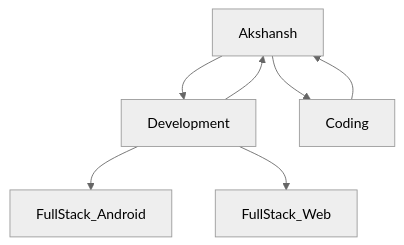
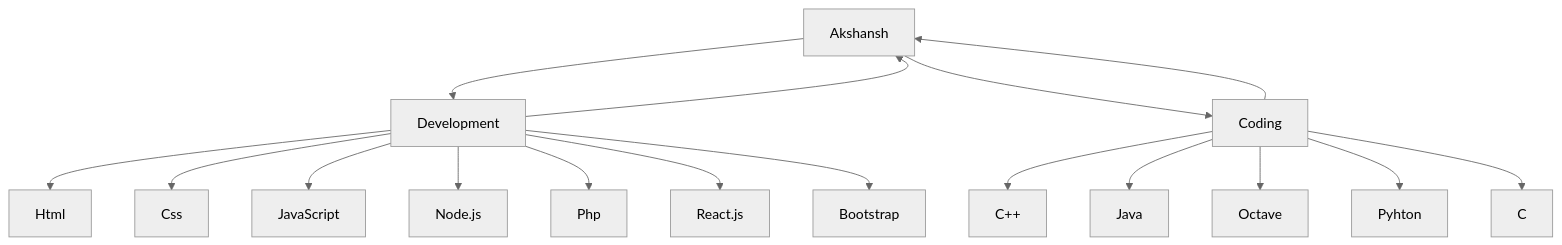
Before and after one commit to AkshanshChauhan/deployReactJsApplication: the diagram in README.md, drawn with Mermaid (neutral theme).

````diff
--- a/README.md
+++ b/README.md
@@ -15,9 +15,19 @@
 ```mermaid
 graph TD;
     Akshansh-->Development;
     Akshansh-->Coding;
     Development-->Akshansh;
     Coding-->Akshansh;
-    Development-->FullStack_Android
-    Development-->FullStack_Web
+    Development-->Html
+    Development-->Css
+    Development-->JavaScript
+    Development-->Node.js
+    Development-->Php
+    Development-->React.js
+    Development-->Bootstrap
+    Coding-->C++
+    Coding-->Java
+    Coding-->Octave
+    Coding-->Pyhton
+    Coding-->C
 ```
````
